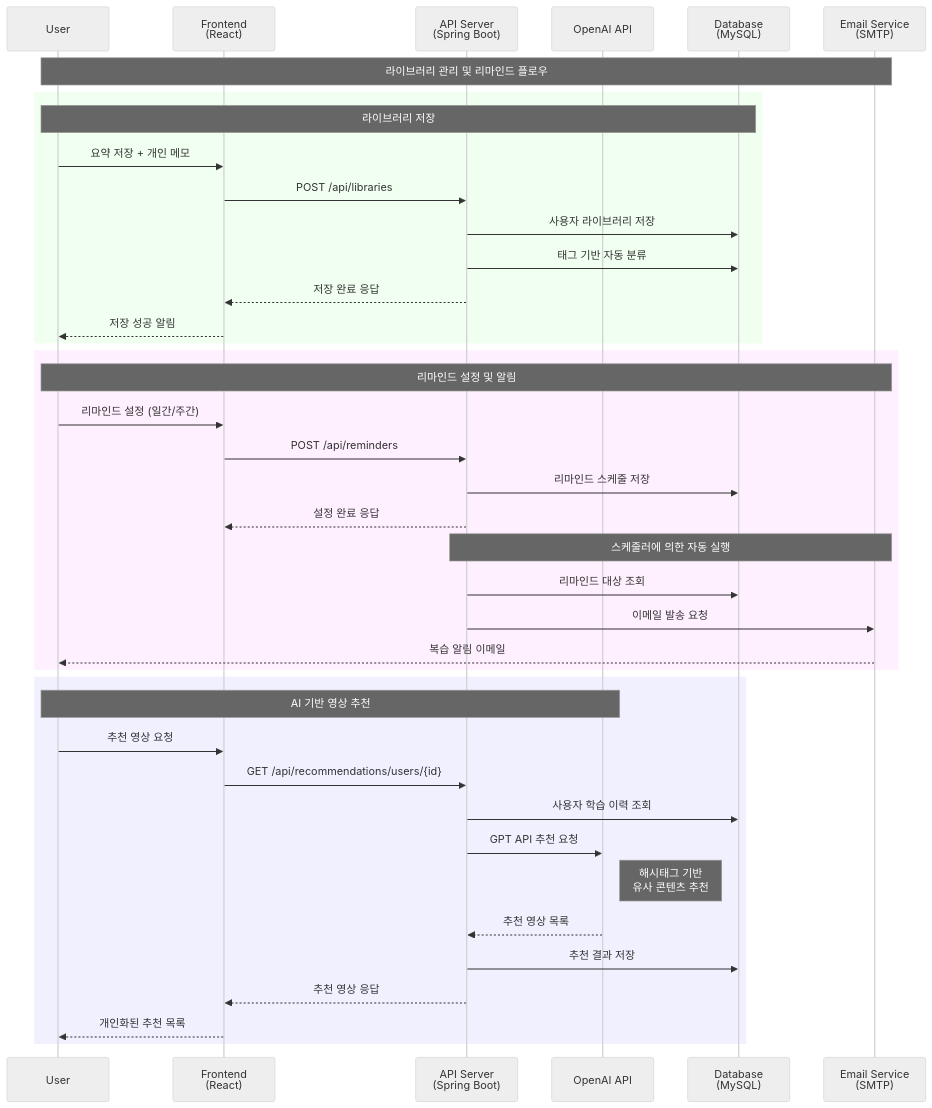
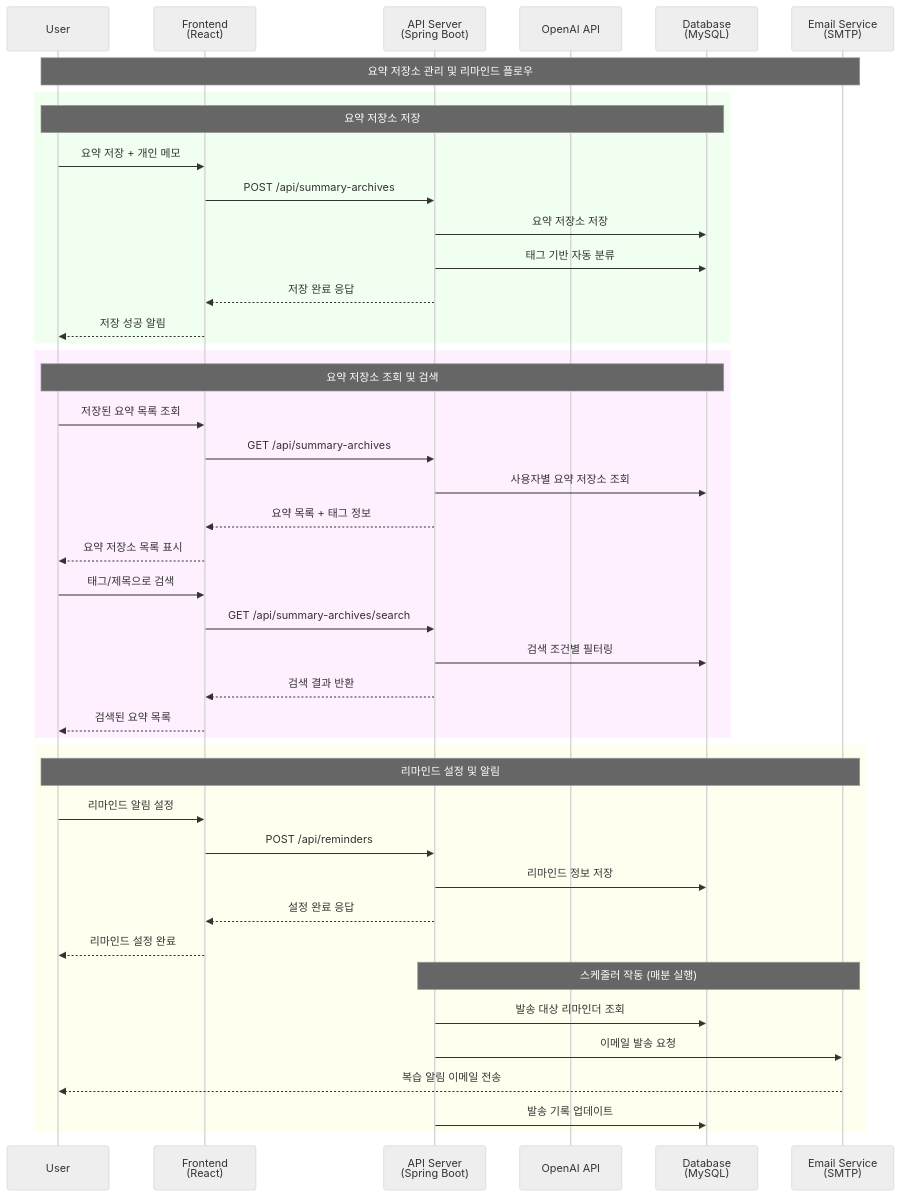
One commit to KDT-YoutubeSummary/back-end changed the fourth of 8 diagrams in README.md. Above: the diagram before and after it, drawn with Mermaid (neutral theme). The commit also changed other lines of this file and 48 other files, not shown here.

Commit message:
refactor: 라이브러리 -> 요약 저장소로 명칭 수정 summaryArchive 로 수정

````diff
--- a/README.md
+++ b/README.md
@@ -209,47 +211,51 @@
 ```mermaid
 sequenceDiagram
     participant U as User
     participant F as Frontend<br/>(React)
     participant A as API Server<br/>(Spring Boot)
     participant O as OpenAI API
     participant D as Database<br/>(MySQL)
     participant E as Email Service<br/>(SMTP)
 
-    Note over U,E: 라이브러리 관리 및 리마인드 플로우
+    Note over U,E: 요약 저장소 관리 및 리마인드 플로우
 
     rect rgb(240, 255, 240)
-        Note over U,D: 라이브러리 저장
+        Note over U,D: 요약 저장소 저장
         U->>F: 요약 저장 + 개인 메모
-        F->>A: POST /api/libraries
-        A->>D: 사용자 라이브러리 저장
+        F->>A: POST /api/summary-archives
+        A->>D: 요약 저장소 저장
         A->>D: 태그 기반 자동 분류
         A-->>F: 저장 완료 응답
         F-->>U: 저장 성공 알림
     end
 
     rect rgb(255, 240, 255)
-        Note over U,E: 리마인드 설정 및 알림
-        U->>F: 리마인드 설정 (일간/주간)
-        F->>A: POST /api/reminders
-        A->>D: 리마인드 스케줄 저장
-        A-->>F: 설정 완료 응답
+        Note over U,D: 요약 저장소 조회 및 검색
+        U->>F: 저장된 요약 목록 조회
+        F->>A: GET /api/summary-archives
+        A->>D: 사용자별 요약 저장소 조회
+        A-->>F: 요약 목록 + 태그 정보
+        F-->>U: 요약 저장소 목록 표시
         
-        Note over A,E: 스케줄러에 의한 자동 실행
-        A->>D: 리마인드 대상 조회
-        A->>E: 이메일 발송 요청
-        E-->>U: 복습 알림 이메일
+        U->>F: 태그/제목으로 검색
+        F->>A: GET /api/summary-archives/search
+        A->>D: 검색 조건별 필터링
+        A-->>F: 검색 결과 반환
+        F-->>U: 검색된 요약 목록
     end
 
-    rect rgb(240, 240, 255)
-        Note over U,O: AI 기반 영상 추천
-        U->>F: 추천 영상 요청
-        F->>A: GET /api/recommendations/users/{id}
-        A->>D: 사용자 학습 이력 조회
-        A->>O: GPT API 추천 요청
-        Note right of O: 해시태그 기반<br/>유사 콘텐츠 추천
-        O-->>A: 추천 영상 목록
-        A->>D: 추천 결과 저장
-        A-->>F: 추천 영상 응답
-        F-->>U: 개인화된 추천 목록
+    rect rgb(255, 255, 240)
+        Note over U,E: 리마인드 설정 및 알림
+        U->>F: 리마인드 알림 설정
+        F->>A: POST /api/reminders
+        A->>D: 리마인드 정보 저장
+        A-->>F: 설정 완료 응답
+        F-->>U: 리마인드 설정 완료
+        
+        Note over A,E: 스케줄러 작동 (매분 실행)
+        A->>D: 발송 대상 리마인더 조회
+        A->>E: 이메일 발송 요청
+        E-->>U: 복습 알림 이메일 전송
+        A->>D: 발송 기록 업데이트
     end
 ```
````
